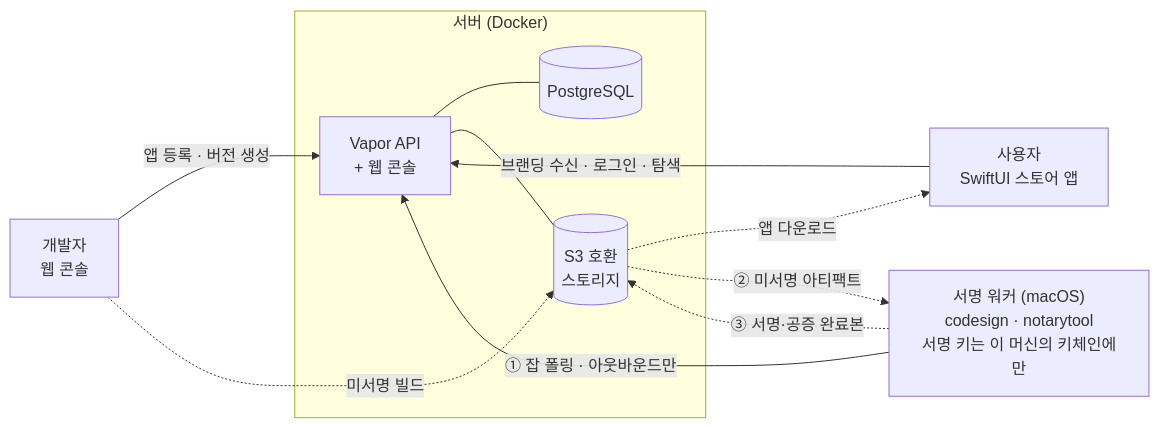
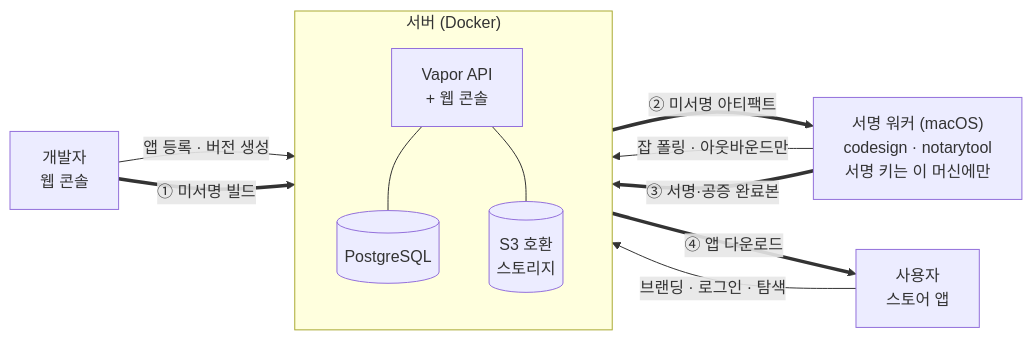
Before and after one commit to knine79/alley-store: the first of 2 diagrams in docs/design.md, drawn with Mermaid. The commit also changed other lines of this file, not shown here.

Commit message:
docs: 다이어그램 배치를 정리한다
렌더 결과를 실제로 확인해보니 선이 여러 번 교차하고 스토리지 주변에 화살표가
몰려서 어느 게 어느 건지 알아보기 어려웠다.

아키텍처 그림은 노드 선언 순서를 개발자 → 워커 → 사용자로 바꾸고 서버 내부를
TB 로 세워, 빌드 하나가 왼쪽에서 오른쪽으로 흘러가는 모양이 되게 했다.
점선 대신 굵은 화살표로 바이너리 전송을 표시하고 ①~④ 번호를 붙였다.
점선은 얇아서 눈에 안 띄었고, 번호가 없으니 순서를 읽을 수 없었다.

상태 머신은 LR 로 세웠다. 세로 배치에서는 실패 경로 다섯 개가 화면을 가로지르며
얽혔는데, 가로로 두니 정상 경로가 한 줄로 읽히고 실패는 오른쪽에 모인다.

두 그림 모두 실제로 렌더해서 눈으로 확인했다. 파싱만 통과하는 것과 읽을 만하게
나오는 것은 다르다. 상태 머신 전이 13개가 VersionState 와 일치하는 것도 다시
확인했다.

Claude-Session: https://claude.ai/code/session_017nDCnwjdjBPJtk79UqJLzc

````diff
--- a/docs/design.md
+++ b/docs/design.md
@@ -117,25 +117,24 @@
 ```mermaid
 flowchart LR
     dev["개발자<br/>웹 콘솔"]
-    user["사용자<br/>SwiftUI 스토어 앱"]
+    worker["서명 워커 (macOS)<br/>codesign · notarytool<br/>서명 키는 이 머신에만"]
+    user["사용자<br/>스토어 앱"]
 
     subgraph host["서버 (Docker)"]
+        direction TB
         api["Vapor API<br/>+ 웹 콘솔"]
         db[("PostgreSQL")]
         s3[("S3 호환<br/>스토리지")]
+        api --- db
+        api --- s3
     end
 
-    worker["서명 워커 (macOS)<br/>codesign · notarytool<br/>서명 키는 이 머신의 키체인에만"]
+    dev -->|앱 등록 · 버전 생성| api
+    worker -->|잡 폴링 · 아웃바운드만| api
+    user -->|브랜딩 · 로그인 · 탐색| api
 
-    dev -->|앱 등록 · 버전 생성| api
-    user -->|브랜딩 수신 · 로그인 · 탐색| api
-    api --- db
-    api --- s3
-
-    dev -.->|미서명 빌드| s3
-    s3 -.->|앱 다운로드| user
-
-    worker -->|① 잡 폴링 · 아웃바운드만| api
-    s3 -.->|② 미서명 아티팩트| worker
-    worker -.->|③ 서명·공증 완료본| s3
+    dev ==>|① 미서명 빌드| s3
+    s3 ==>|② 미서명 아티팩트| worker
+    worker ==>|③ 서명·공증 완료본| s3
+    s3 ==>|④ 앱 다운로드| user
 ```
````
